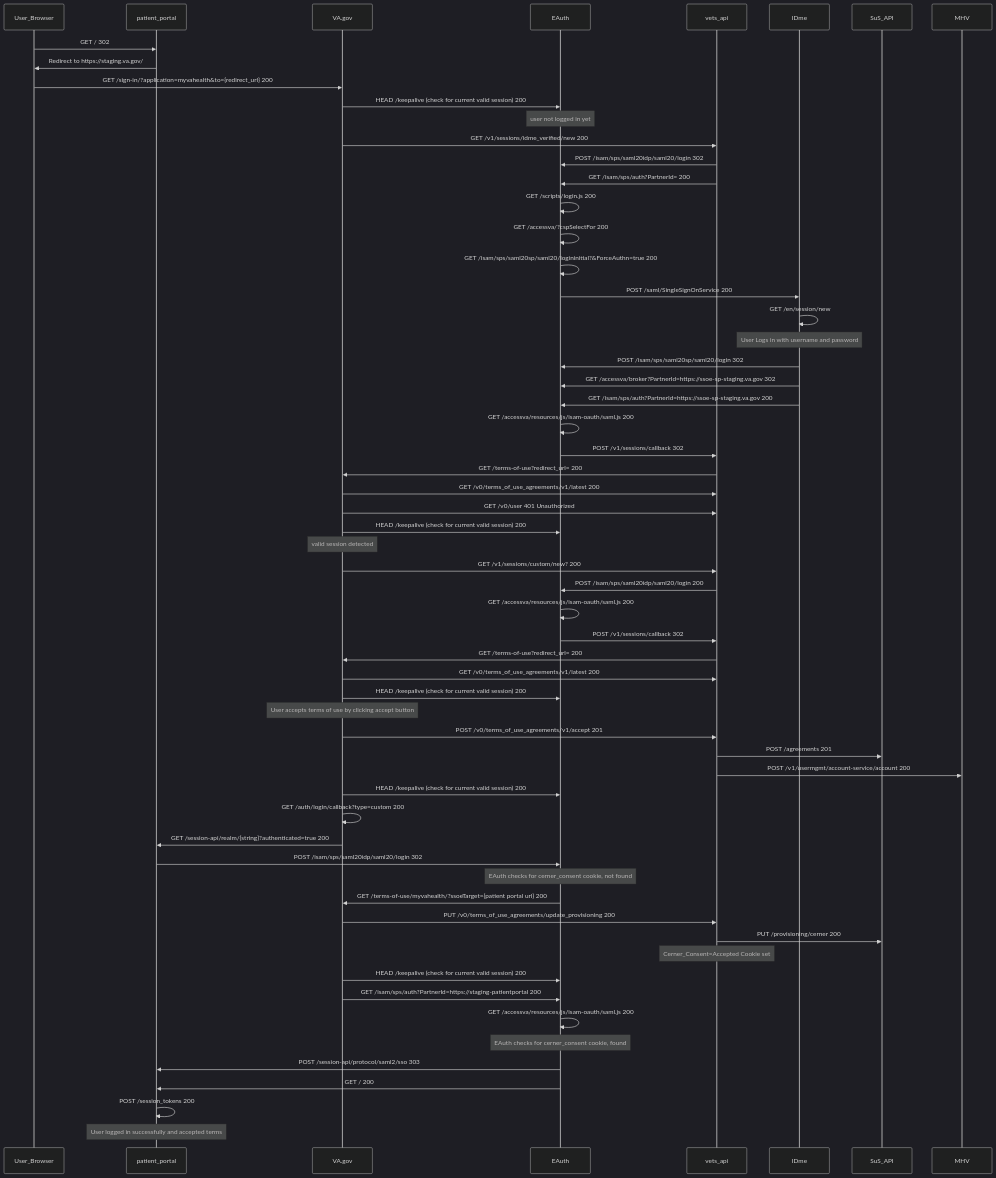
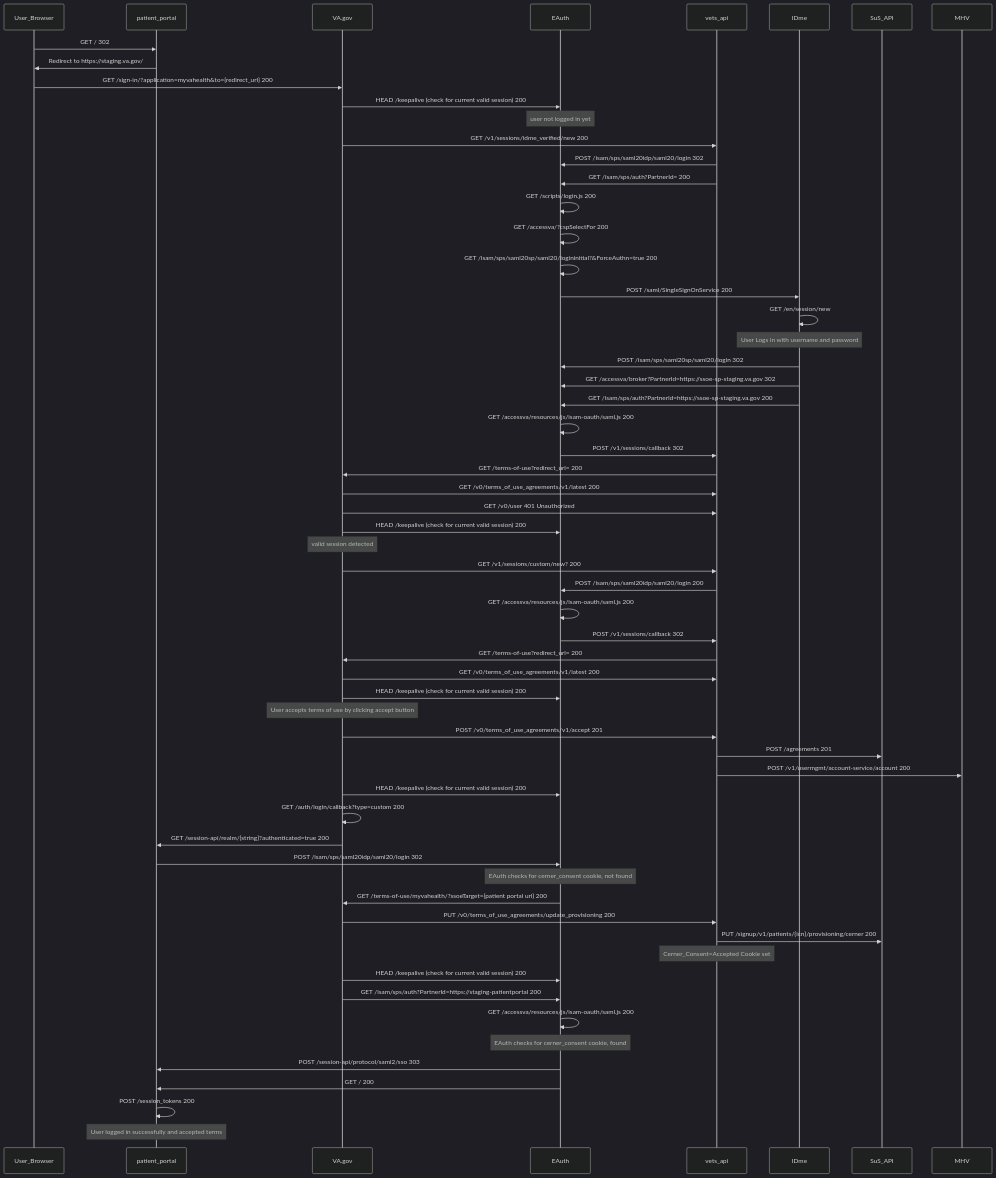
One commit to department-of-veterans-affairs/va.gov-team changed the diagram in products/identity/Products/terms and conditions/happy_path.md. Above: the diagram before and after it, drawn with Mermaid (dark theme).

Commit message:
Update API endpoint for provisioning Cerner

````diff
--- a/products/identity/Products/terms and conditions/happy_path.md
+++ b/products/identity/Products/terms and conditions/happy_path.md
@@ -1,65 +1,65 @@
 ``` mermaid
 sequenceDiagram
     participant User_Browser
     participant patient_portal
     participant VA.gov
     participant EAuth
     participant vets_api
     participant IDme
     participant SuS_API
     participant MHV
     
 
     User_Browser ->> patient_portal: GET / 302
     patient_portal ->> User_Browser: Redirect to https://staging.va.gov/
     User_Browser ->> VA.gov: GET /sign-in/?application=myvahealth&to={redirect_url} 200
     VA.gov ->> EAuth: HEAD /keepalive (check for current valid session) 200
     Note over EAuth: user not logged in yet
     VA.gov ->> vets_api: GET /v1/sessions/idme_verified/new 200
     vets_api ->> EAuth: POST /isam/sps/saml20idp/saml20/login 302
     vets_api ->> EAuth: GET /isam/sps/auth?PartnerId= 200
     EAuth ->> EAuth: GET /scripts/login.js 200
     EAuth ->> EAuth: GET /accessva/?cspSelectFor 200
     EAuth ->> EAuth: GET /isam/sps/saml20sp/saml20/logininitial?&ForceAuthn=true 200
     EAuth ->> IDme: POST /saml/SingleSignOnService 200
     IDme ->> IDme: GET /en/session/new
     Note over IDme: User Logs in with username and password
     IDme ->> EAuth: POST /isam/sps/saml20sp/saml20/login 302
     IDme ->> EAuth: GET /accessva/broker?PartnerId=https://ssoe-sp-staging.va.gov 302
     IDme ->> EAuth: GET /isam/sps/auth?PartnerId=https://ssoe-sp-staging.va.gov 200
     EAuth ->> EAuth: GET /accessva/resources/js/isam-oauth/saml.js 200
     EAuth ->> vets_api: POST /v1/sessions/callback 302
     vets_api ->> VA.gov: GET /terms-of-use?redirect_url= 200
     VA.gov ->> vets_api: GET /v0/terms_of_use_agreements/v1/latest 200
     VA.gov ->> vets_api: GET /v0/user 401 Unauthorized
     VA.gov ->> EAuth: HEAD /keepalive (check for current valid session) 200
     Note over VA.gov: valid session detected
     VA.gov ->> vets_api: GET /v1/sessions/custom/new? 200
     vets_api ->> EAuth: POST /isam/sps/saml20idp/saml20/login 200
     EAuth ->> EAuth: GET /accessva/resources/js/isam-oauth/saml.js 200
     EAuth ->> vets_api: POST /v1/sessions/callback 302
     vets_api ->> VA.gov: GET /terms-of-use?redirect_url= 200
     VA.gov ->> vets_api: GET /v0/terms_of_use_agreements/v1/latest 200
     VA.gov ->> EAuth: HEAD /keepalive (check for current valid session) 200
     Note over VA.gov: User accepts terms of use by clicking accept button
     VA.gov ->> vets_api: POST /v0/terms_of_use_agreements/v1/accept 201
     vets_api ->> SuS_API: POST /agreements 201
     vets_api ->> MHV: POST /v1/usermgmt/account-service/account 200
     VA.gov ->> EAuth: HEAD /keepalive (check for current valid session) 200
     VA.gov ->> VA.gov: GET /auth/login/callback?type=custom 200
     VA.gov ->> patient_portal: GET /session-api/realm/{string}?authenticated=true 200
     patient_portal ->> EAuth: POST /isam/sps/saml20idp/saml20/login 302
     Note over EAuth: EAuth checks for cerner_consent cookie, not found
     EAuth ->> VA.gov: GET /terms-of-use/myvahealth/?ssoeTarget={patient portal url} 200
     VA.gov ->> vets_api: PUT /v0/terms_of_use_agreements/update_provisioning 200
-    vets_api ->> SuS_API: PUT /provisioning/cerner 200
+    vets_api ->> SuS_API: PUT /signup/v1/patients/{icn}/provisioning/cerner 200
     Note over vets_api: Cerner_Consent=Accepted Cookie set
     VA.gov ->> EAuth: HEAD /keepalive (check for current valid session) 200
     VA.gov ->> EAuth: GET /isam/sps/auth?PartnerId=https://staging-patientportal 200
     EAuth ->> EAuth: GET /accessva/resources/js/isam-oauth/saml.js 200
     Note over EAuth: EAuth checks for cerner_consent cookie, found
     EAuth ->> patient_portal: POST /session-api/protocol/saml2/sso 303
     EAuth ->> patient_portal: GET / 200
     patient_portal ->> patient_portal: POST /session_tokens 200
     Note over patient_portal: User logged in successfully and accepted terms
 ```
````
